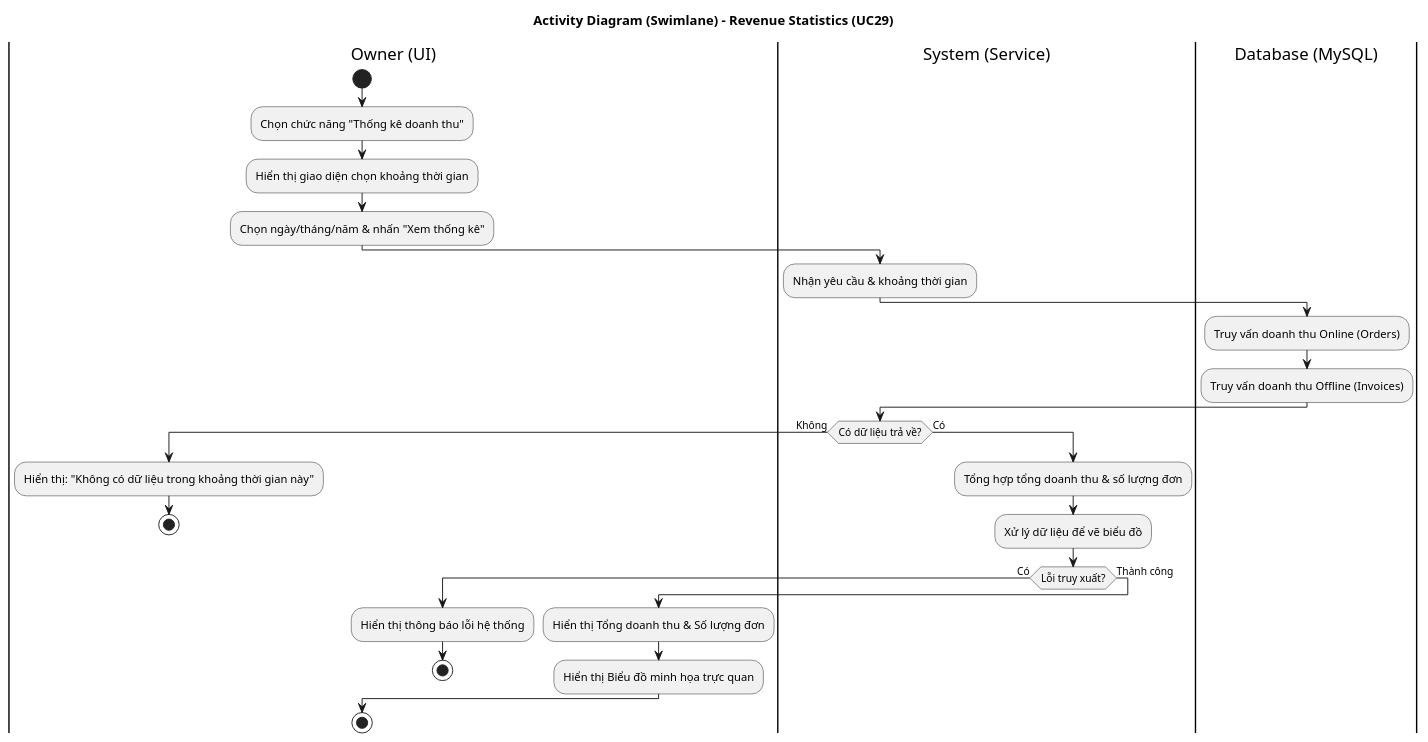
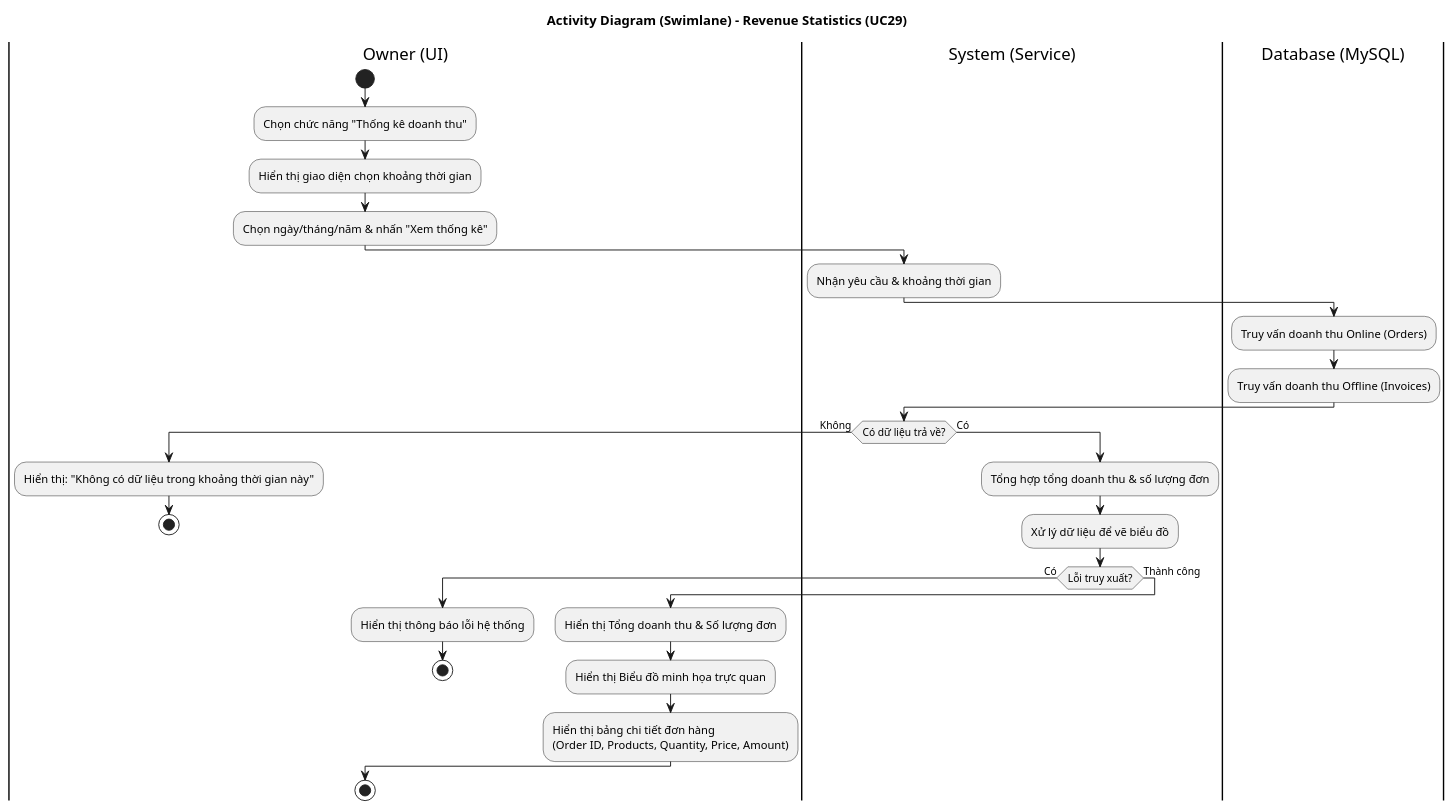
One commit to Peterdir/fashion-store-system changed the diagram in src/main/java/org/example/fashionstoresystem/uml/Activity/AD29_RevenueStatistics.puml. Above: the diagram before and after it, drawn with PlantUML. The commit also changed 9 other files, not shown here.

Commit message:
Implement Object Diagram

```diff
--- a/src/main/java/org/example/fashionstoresystem/uml/Activity/AD29_RevenueStatistics.puml
+++ b/src/main/java/org/example/fashionstoresystem/uml/Activity/AD29_RevenueStatistics.puml
@@ -1,39 +1,41 @@
 @startuml
 title Activity Diagram (Swimlane) - Revenue Statistics (UC29)
 
 |Owner (UI)|
 start
 :Chọn chức năng "Thống kê doanh thu";
 :Hiển thị giao diện chọn khoảng thời gian;
 :Chọn ngày/tháng/năm & nhấn "Xem thống kê";
 
 |System (Service)|
 :Nhận yêu cầu & khoảng thời gian;
 
 |Database (MySQL)|
 :Truy vấn doanh thu Online (Orders);
 :Truy vấn doanh thu Offline (Invoices);
 
 |System (Service)|
 if (Có dữ liệu trả về?) then (Không)
     |Owner (UI)|
     :Hiển thị: "Không có dữ liệu trong khoảng thời gian này";
     stop
 else (Có)
     |System (Service)|
     :Tổng hợp tổng doanh thu & số lượng đơn;
     :Xử lý dữ liệu để vẽ biểu đồ;
 
     if (Lỗi truy xuất?) then (Có)
         |Owner (UI)|
         :Hiển thị thông báo lỗi hệ thống;
         stop
     else (Thành công)
         |Owner (UI)|
         :Hiển thị Tổng doanh thu & Số lượng đơn;
         :Hiển thị Biểu đồ minh họa trực quan;
+        :Hiển thị bảng chi tiết đơn hàng
+        (Order ID, Products, Quantity, Price, Amount);
     endif
 endif
 
 stop
 @enduml
```
